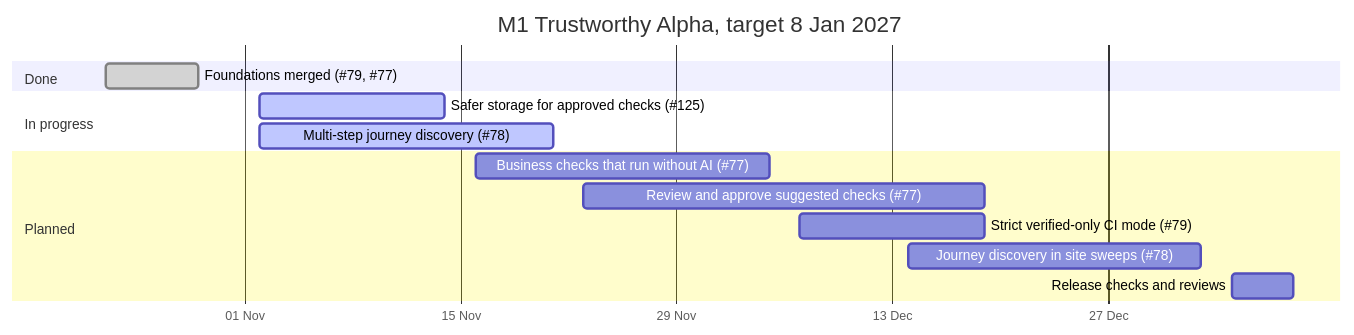
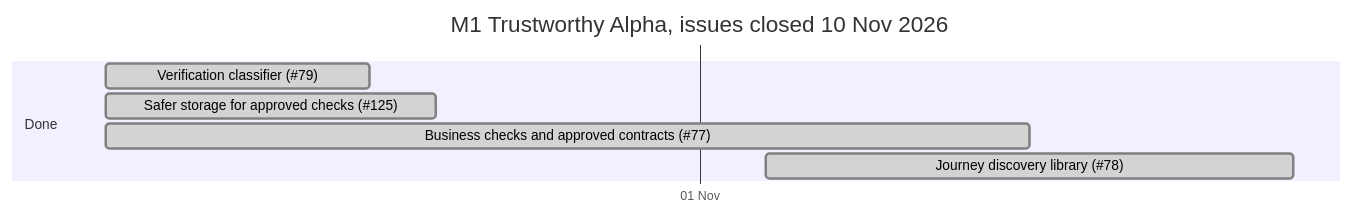
One commit to eddieir/Falcon-Automation changed the third of 11 diagrams in README.md. Above: the diagram before and after it, drawn with Mermaid. The commit also changed other lines of this file and 3 other files, not shown here.

````diff
--- a/README.md
+++ b/README.md
@@ -324,22 +330,14 @@
 ```mermaid
 gantt
-    title M1 Trustworthy Alpha, target 8 Jan 2027
+    title M1 Trustworthy Alpha, issues closed 10 Nov 2026
     dateFormat YYYY-MM-DD
     axisFormat %d %b
     tickInterval 2week
     todayMarker off
 
     section Done
-    Foundations merged (#79, #77)                 :done, t1, 2026-10-23, 2026-10-29
-
-    section In progress
-    Safer storage for approved checks (#125)      :active, t2, 2026-11-02, 2026-11-14
-    Multi-step journey discovery (#78)            :active, t3, 2026-11-02, 2026-11-21
-
-    section Planned
-    Business checks that run without AI (#77)     :t4, 2026-11-16, 2026-12-05
-    Review and approve suggested checks (#77)     :t5, 2026-11-23, 2026-12-19
-    Strict verified-only CI mode (#79)            :t6, 2026-12-07, 2026-12-19
-    Journey discovery in site sweeps (#78)        :t7, 2026-12-14, 2027-01-02
-    Release checks and reviews                    :t8, 2027-01-04, 2027-01-08
+    Verification classifier (#79)                 :done, t1, 2026-10-23, 2026-10-27
+    Safer storage for approved checks (#125)      :done, t2, 2026-10-23, 2026-10-28
+    Business checks and approved contracts (#77)  :done, t3, 2026-10-23, 2026-11-06
+    Journey discovery library (#78)               :done, t4, 2026-11-02, 2026-11-10
 ```
````
